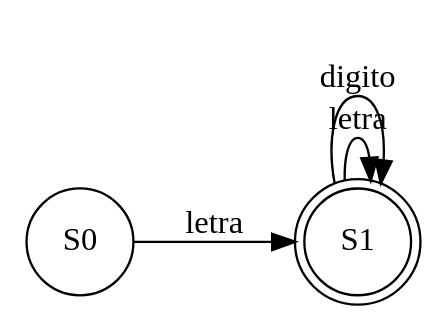
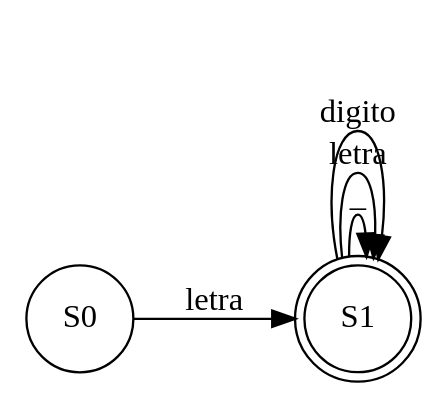
Before and after one commit to JulioFernandez99/Proyecto1_Compi1_201902416: the diagram in bin/Graficos/Grafico AFD/Expresionregular1.dot, drawn with Graphviz. The commit also changed 90 other files, not shown here.

```diff
--- a/bin/Graficos/Grafico AFD/Expresionregular1.dot
+++ b/bin/Graficos/Grafico AFD/Expresionregular1.dot
@@ -1,8 +1,9 @@
 digraph G {
   rankdir=LR 
 S0 [shape=circle label="S0"] 
 S1 [shape=doublecircle label="S1"] 
 S0->S1 [label="letra"]
+S1->S1 [label="_"]
 S1->S1 [label="letra"]
 S1->S1 [label="digito"]
 }
```
